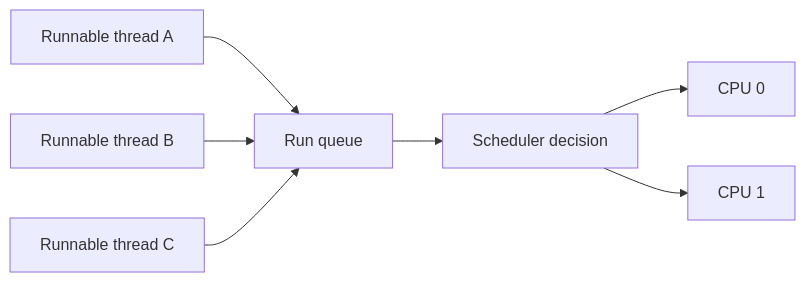
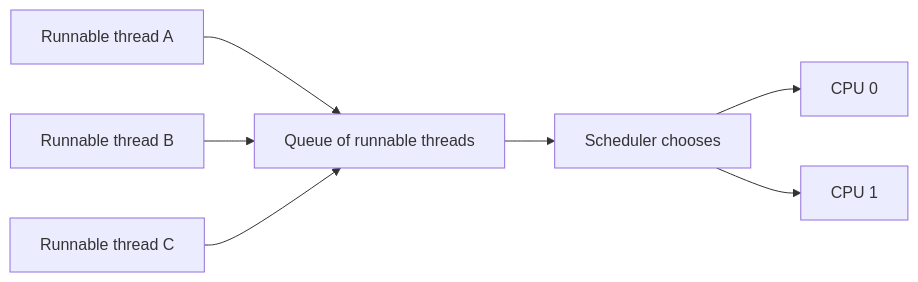
One commit to amrrdev/amrrdev.github.io changed the third of 5 diagrams in _posts/2026-08-23-cpu-scheduling-and-context-switching.md. Above: the diagram before and after it, drawn with Mermaid. The commit also changed other lines of this file and 15 other files, not shown here.

````diff
--- a/_posts/2026-08-23-cpu-scheduling-and-context-switching.md
+++ b/_posts/2026-08-23-cpu-scheduling-and-context-switching.md
@@ -93,9 +75,9 @@
 ```mermaid
 flowchart LR
-    A[Runnable thread A] --> Queue[Run queue]
+    A[Runnable thread A] --> Queue[Queue of runnable threads]
     B[Runnable thread B] --> Queue
     C[Runnable thread C] --> Queue
-    Queue --> Select[Scheduler decision]
-    Select --> CPU0[CPU 0]
-    Select --> CPU1[CPU 1]
+    Queue --> Decision[Scheduler chooses]
+    Decision --> CPU0[CPU 0]
+    Decision --> CPU1[CPU 1]
 ```
````
